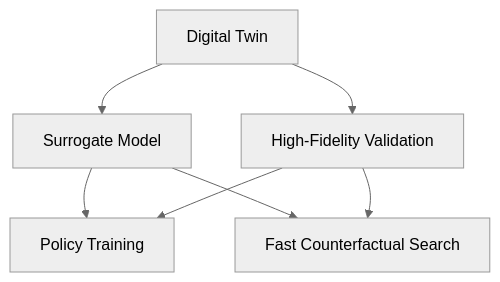
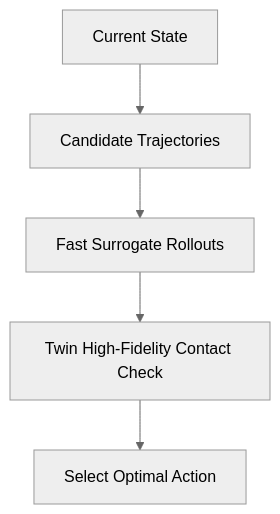
The tenth of 11 diagrams in docs/specs/post-demo/lunch_robotics.md (Freelunch-AI/freelunch-ide), drawn with Mermaid (neutral theme) before and after one commit. The commit also changed other lines of this file, not shown here.

````diff
--- a/docs/specs/post-demo/lunch_robotics.md
+++ b/docs/specs/post-demo/lunch_robotics.md
@@ -621,10 +463,7 @@
 ```mermaid
 flowchart TD
-    A["Digital Twin"] --> B["Surrogate Model"]
-    B --> C["Policy Training"]
-    B --> D["Fast Counterfactual Search"]
-
-    A --> E["High-Fidelity Validation"]
-    E --> C
-    E --> D
+    A["Current State"] --> B["Candidate Trajectories"]
+    B --> C["Fast Surrogate Rollouts"]
+    C --> D["Twin High-Fidelity Contact Check"]
+    D --> E["Select Optimal Action"]
 ```
````
